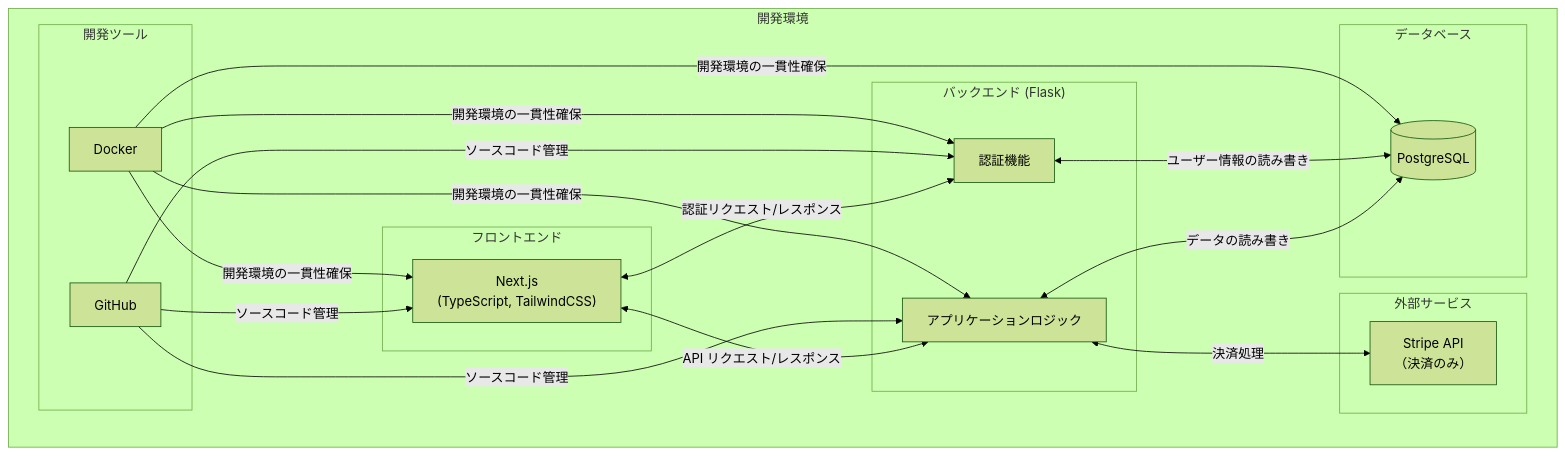
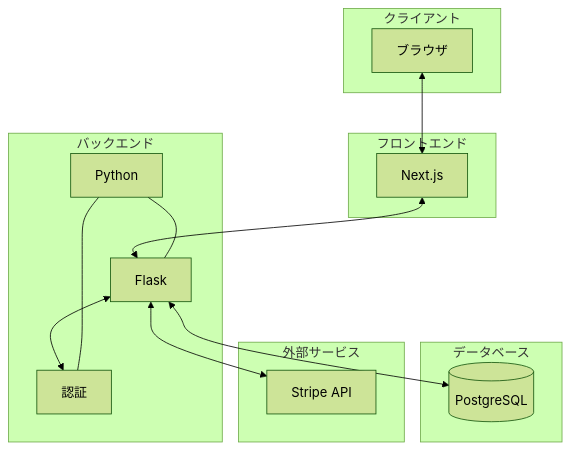
The diagram in アーキテクチャ図.md (Yuka-Matsumoto/my-todo-app), drawn with Mermaid (forest theme) before and after one commit. The commit also changed 1 other file, not shown here.

Commit message:
アーキテクチャ図と説明文の追加
:wq

````diff
--- a/アーキテクチャ図.md
+++ b/アーキテクチャ図.md
@@ -3,41 +3,34 @@
 ```mermaid
 
 graph TB
-    subgraph "開発環境"
-        subgraph "フロントエンド"
-            A["Next.js<br>(TypeScript, TailwindCSS)"]
-        end
-
-        subgraph "バックエンド (Flask)"
-            B["アプリケーションロジック"]
-            C["認証機能"]
-        end
-
-        subgraph "データベース"
-            D[(PostgreSQL)]
-        end
-
-        subgraph "外部サービス"
-            E[Stripe API<br>（決済のみ）]
-        end
-
-        subgraph "開発ツール"
-            F[GitHub]
-            G[Docker]
-        end
+    subgraph "クライアント"
+        A[ブラウザ]
     end
 
-    A <-->|"API リクエスト/レスポンス"| B
-    A <-->|"認証リクエスト/レスポンス"| C
-    B <-->|"データの読み書き"| D
-    C <-->|"ユーザー情報の読み書き"| D
-    B <-->|"決済処理"| E
-    F -->|"ソースコード管理"| A
-    F -->|"ソースコード管理"| B
-    F -->|"ソースコード管理"| C
-    G -->|"開発環境の一貫性確保"| A
-    G -->|"開発環境の一貫性確保"| B
-    G -->|"開発環境の一貫性確保"| C
-    G -->|"開発環境の一貫性確保"| D
+    subgraph "フロントエンド"
+        B[Next.js]
+    end
+
+    subgraph "バックエンド"
+        C[Flask]
+        D[認証]
+        G[Python]
+    end
+
+    subgraph "データベース"
+        E[(PostgreSQL)]
+    end
+
+    subgraph "外部サービス"
+        F[Stripe API]
+    end
+
+    A <--> B
+    B <--> C
+    C <--> D
+    C <--> E
+    C <--> F
+    G --- C
+    G --- D
 
 ```
````
